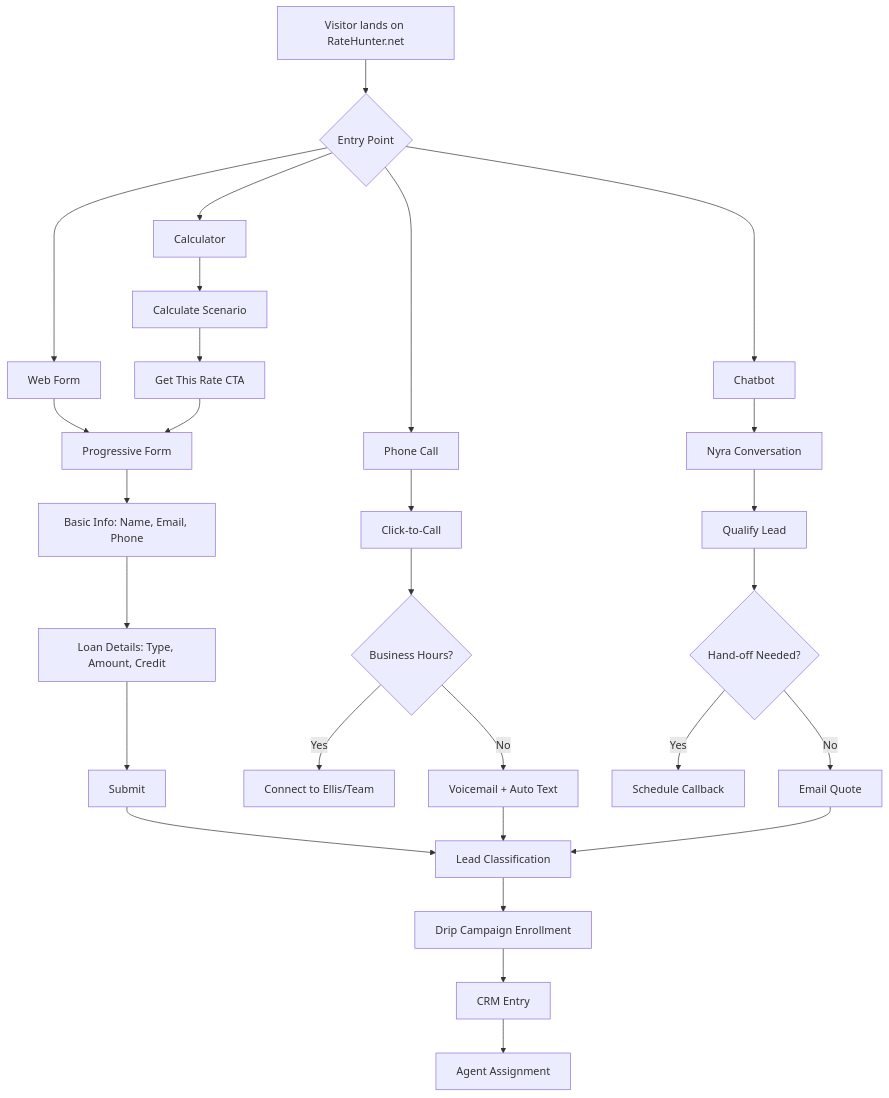
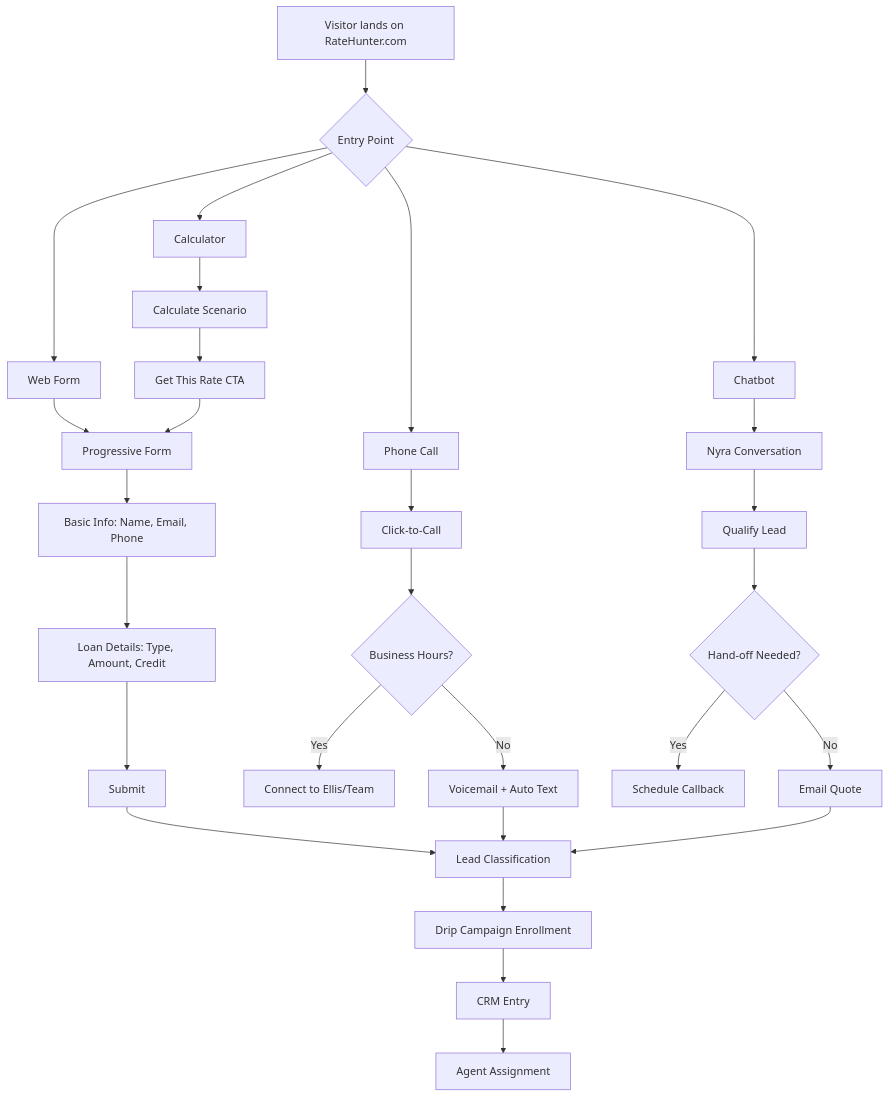
The first of 2 diagrams in apps/guidance/references/webapp-merge-snapshot/ellisapotheosis-apotheosis-mortgage-lead-campaign/nyra-master-prompt-package/project-requirements/RATEHUNTER_LANDING_PAGE.md (ellisapotheosis/Project-Nyra), drawn with Mermaid before and after one commit. The commit also changed other lines of this file and 523 other files, not shown here.

````diff
--- a/apps/guidance/references/webapp-merge-snapshot/ellisapotheosis-apotheosis-mortgage-lead-campaign/nyra-master-prompt-package/project-requirements/RATEHUNTER_LANDING_PAGE.md
+++ b/apps/guidance/references/webapp-merge-snapshot/ellisapotheosis-apotheosis-mortgage-lead-campaign/nyra-master-prompt-package/project-requirements/RATEHUNTER_LANDING_PAGE.md
@@ -337,36 +380,36 @@
 ```mermaid
 graph TD
-    A[Visitor lands on RateHunter.net] --> B{Entry Point}
+    A[Visitor lands on RateHunter.com] --> B{Entry Point}
     B --> C[Web Form]
     B --> D[Phone Call]
     B --> E[Chatbot]
     B --> F[Calculator]
 
     C --> G[Progressive Form]
     G --> H[Basic Info: Name, Email, Phone]
     H --> I[Loan Details: Type, Amount, Credit]
     I --> J[Submit]
 
     D --> K[Click-to-Call]
     K --> L{Business Hours?}
     L -->|Yes| M[Connect to Ellis/Team]
     L -->|No| N[Voicemail + Auto Text]
 
     E --> O[Nyra Conversation]
     O --> P[Qualify Lead]
     P --> Q{Hand-off Needed?}
     Q -->|Yes| R[Schedule Callback]
     Q -->|No| S[Email Quote]
 
     F --> T[Calculate Scenario]
     T --> U["Get This Rate" CTA]
     U --> G
 
     J --> V[Lead Classification]
     N --> V
     S --> V
 
     V --> W[Drip Campaign Enrollment]
     W --> X[CRM Entry]
     X --> Y[Agent Assignment]
 ```
````
